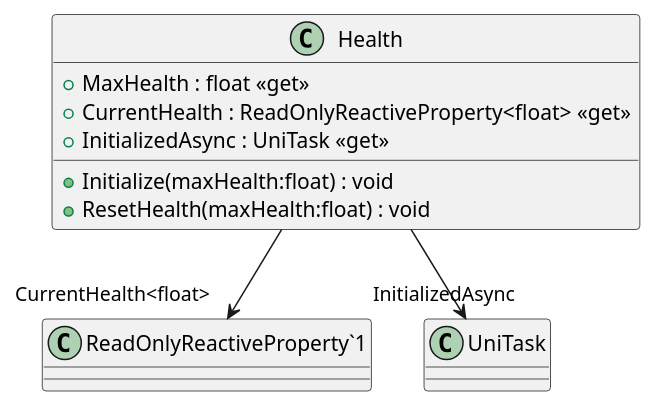
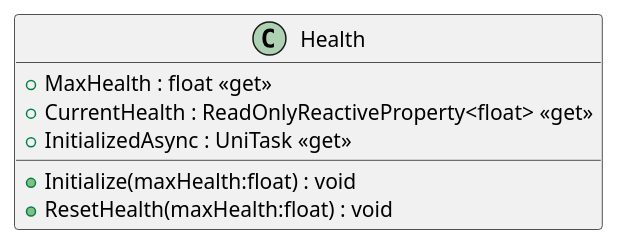
Before and after one commit to asterisk-cn/RougueShooter: the diagram in plantuml/Player/Health.puml, drawn with PlantUML.

```diff
--- a/plantuml/Player/Health.puml
+++ b/plantuml/Player/Health.puml
@@ -1,11 +1,9 @@
 @startuml
 class Health {
     + MaxHealth : float <<get>>
     + CurrentHealth : ReadOnlyReactiveProperty<float> <<get>>
     + InitializedAsync : UniTask <<get>>
     + Initialize(maxHealth:float) : void
     + ResetHealth(maxHealth:float) : void
 }
-Health --> "CurrentHealth<float>" "ReadOnlyReactiveProperty`1"
-Health --> "InitializedAsync" UniTask
 @enduml
```
